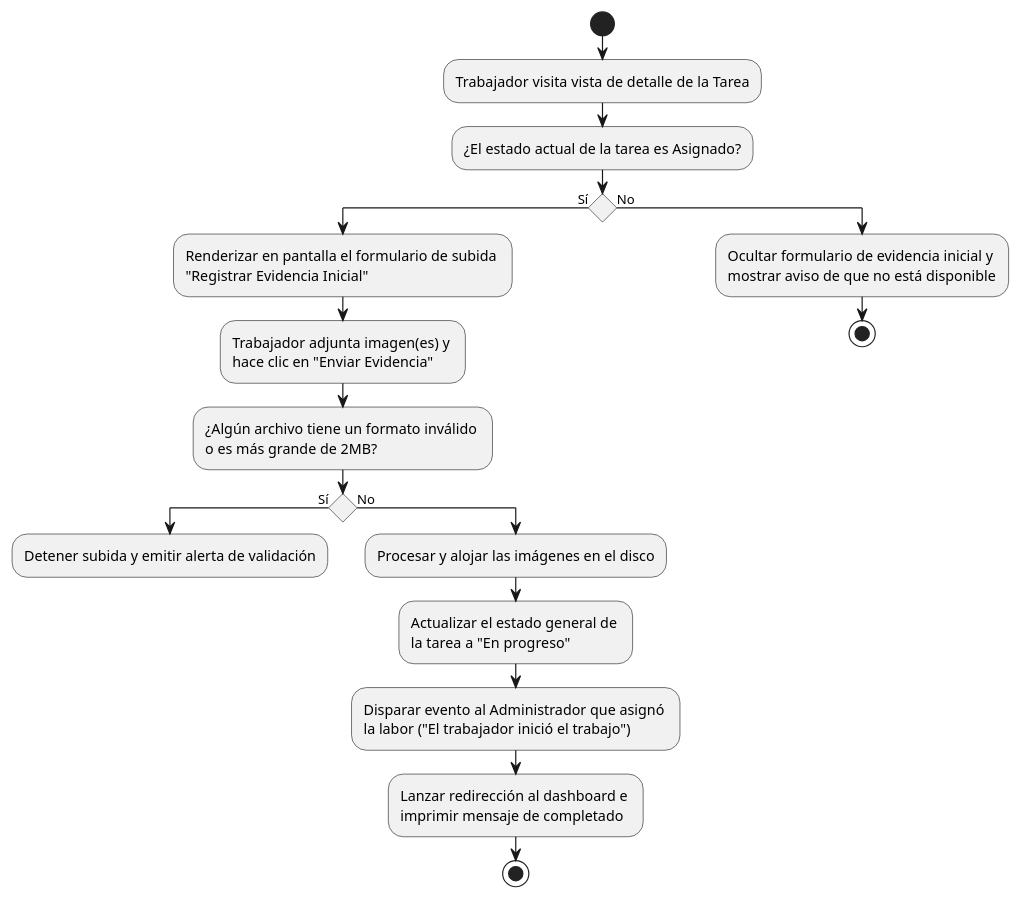
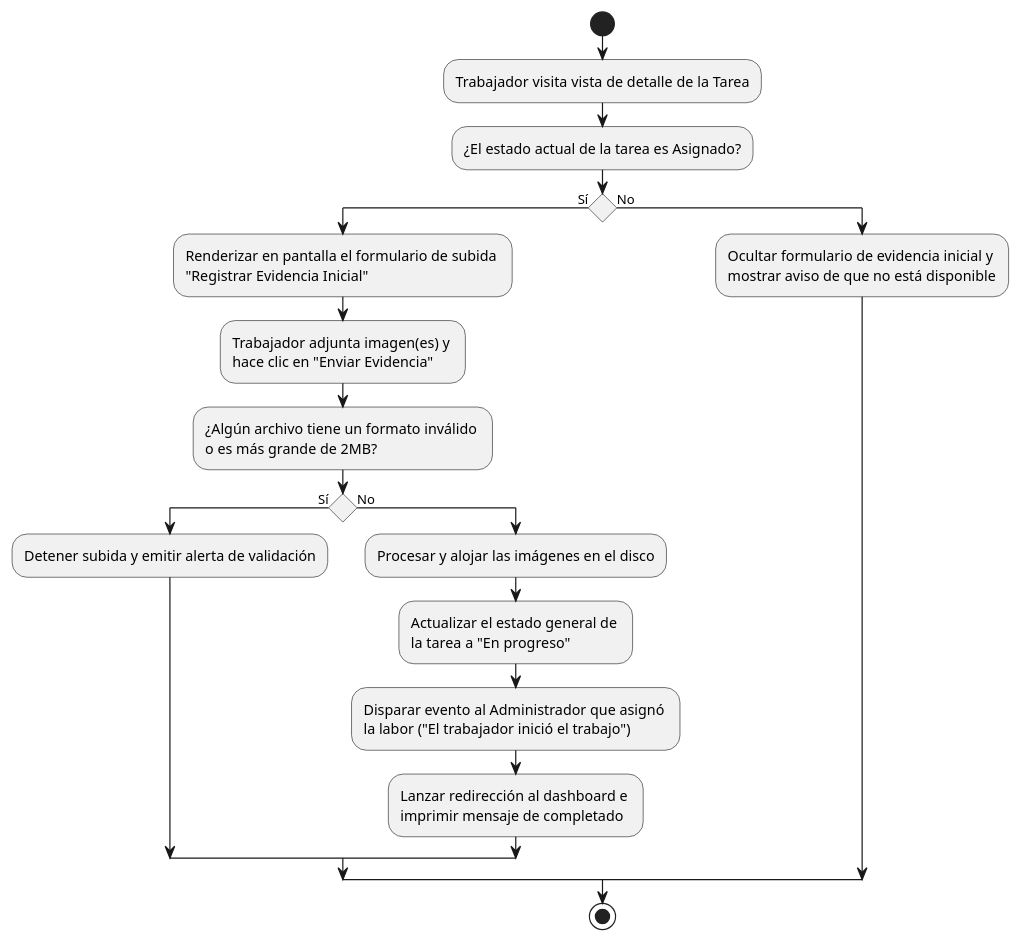
The diagram in document/diagrama_actividades/TRB/TRB-8.md (MasterErrorCLONE04/SIGERD.1.0), drawn with PlantUML before and after one commit. The commit also changed 28 other files, not shown here.

````diff
--- a/document/diagrama_actividades/TRB/TRB-8.md
+++ b/document/diagrama_actividades/TRB/TRB-8.md
@@ -20,32 +20,30 @@
 ```plantuml
 @startuml
 skinparam ConditionEndStyle hline
 
 start
 
 :Trabajador visita vista de detalle de la Tarea;
 
 :¿El estado actual de la tarea es Asignado?;
 if () then (Sí)
   :Renderizar en pantalla el formulario de subida \n"Registrar Evidencia Inicial";
   :Trabajador adjunta imagen(es) y \nhace clic en "Enviar Evidencia";
   
   :¿Algún archivo tiene un formato inválido \no es más grande de 2MB?;
   if () then (Sí)
     :Detener subida y emitir alerta de validación;
-    kill
   else (No)
     :Procesar y alojar las imágenes en el disco;
     :Actualizar el estado general de \nla tarea a "En progreso";
     
     :Disparar evento al Administrador que asignó \nla labor ("El trabajador inició el trabajo");
     :Lanzar redirección al dashboard e \nimprimir mensaje de completado;
-    stop
   endif
 else (No)
   :Ocultar formulario de evidencia inicial y \nmostrar aviso de que no está disponible;
-  stop
 endif
 
+stop
 @enduml
 ```
````
